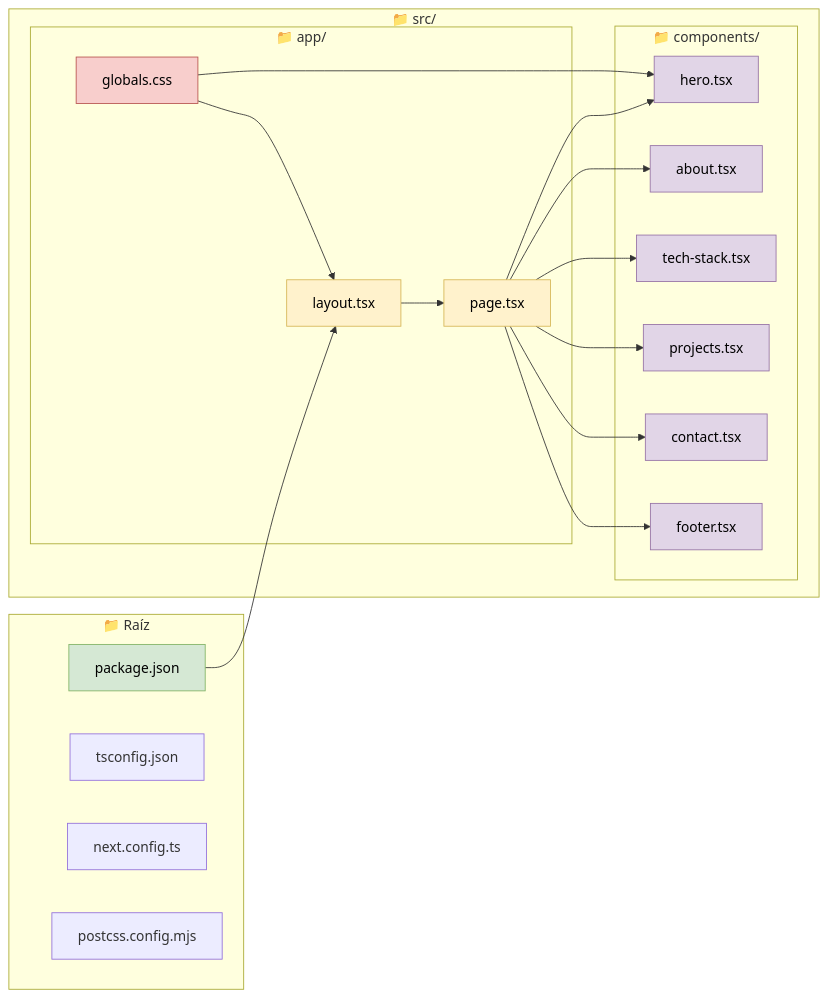
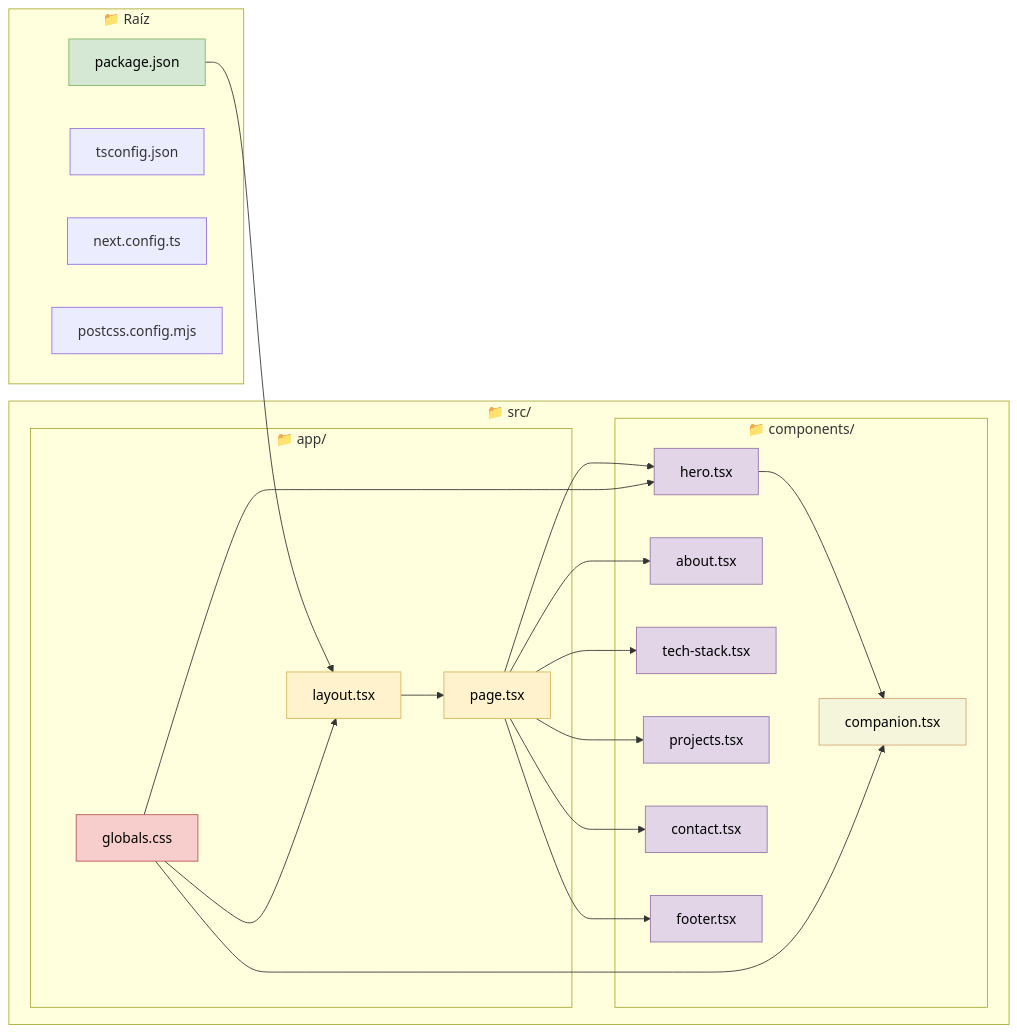
Before and after one commit to vxie705/Portfolio: the second of 3 diagrams in docs/arquitectura-portafolio.md, drawn with Mermaid. The commit also changed other lines of this file, not shown here.

````diff
--- a/docs/arquitectura-portafolio.md
+++ b/docs/arquitectura-portafolio.md
@@ -80,47 +84,51 @@
 ```mermaid
 graph LR
     subgraph "📁 Raíz"
         PKG["package.json"]
         TS["tsconfig.json"]
         NEXT_CONFIG["next.config.ts"]
         POSTCSS_CONFIG["postcss.config.mjs"]
     end
 
     subgraph "📁 src/"
         subgraph "📁 app/"
             LAYOUT2["layout.tsx"]
             PAGE2["page.tsx"]
             CSS["globals.css"]
         end
         subgraph "📁 components/"
             H2["hero.tsx"]
             A2["about.tsx"]
             T2["tech-stack.tsx"]
             P2["projects.tsx"]
             C2["contact.tsx"]
             F2["footer.tsx"]
+            CP["companion.tsx"]
         end
     end
 
     PKG --> LAYOUT2
     LAYOUT2 --> PAGE2
     PAGE2 --> H2
     PAGE2 --> A2
     PAGE2 --> T2
     PAGE2 --> P2
     PAGE2 --> C2
     PAGE2 --> F2
+    H2 --> CP
     CSS --> LAYOUT2
     CSS --> H2
+    CSS --> CP
 
     style PKG fill:#d5e8d4,stroke:#82b366,color:#000
     style LAYOUT2 fill:#fff2cc,stroke:#d6b656,color:#000
     style PAGE2 fill:#fff2cc,stroke:#d6b656,color:#000
     style CSS fill:#f8cecc,stroke:#b85450,color:#000
     style H2 fill:#e1d5e7,stroke:#9673a6,color:#000
     style A2 fill:#e1d5e7,stroke:#9673a6,color:#000
     style T2 fill:#e1d5e7,stroke:#9673a6,color:#000
     style P2 fill:#e1d5e7,stroke:#9673a6,color:#000
     style C2 fill:#e1d5e7,stroke:#9673a6,color:#000
     style F2 fill:#e1d5e7,stroke:#9673a6,color:#000
+    style CP fill:#f5f5dc,stroke:#d4a574,color:#000
 ```
````
